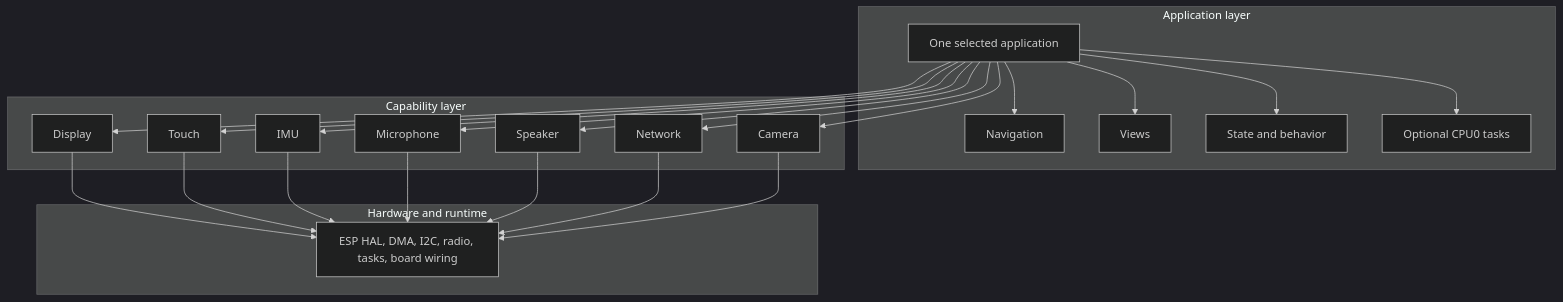
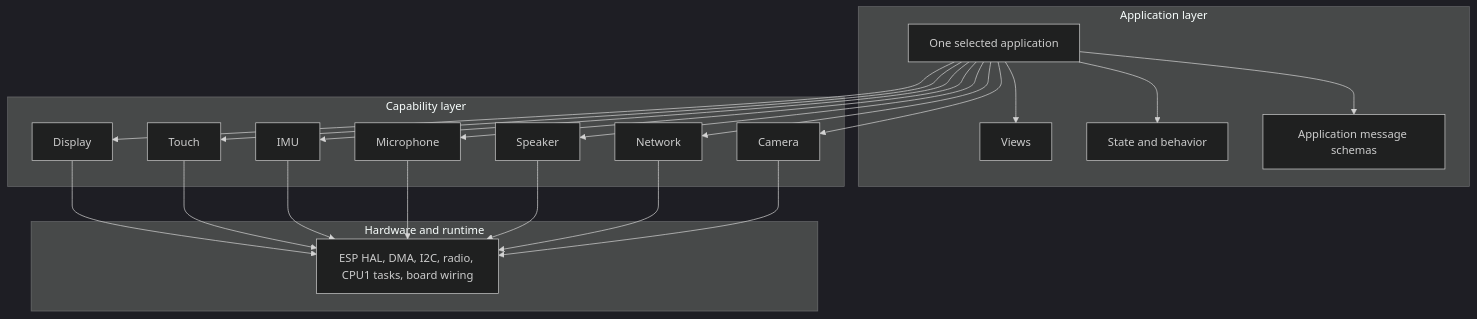
Before and after one commit to wackazong/hackandhike-2026: diagram 17 of 17 in README.md, drawn with Mermaid (dark theme). The commit also changed other lines of this file, not shown here.

Commit message:
Expand beginner application examples

````diff
--- a/README.md
+++ b/README.md
@@ -1542,44 +1627,42 @@
 ```mermaid
 flowchart TB
     subgraph AppLayer["Application layer"]
         App["One selected application"]
-        Nav["Navigation"]
         Views["Views"]
         State["State and behavior"]
-        Workers["Optional CPU0 tasks"]
-        App --> Nav
+        Messages["Application message schemas"]
         App --> Views
         App --> State
-        App --> Workers
+        App --> Messages
     end
 
     subgraph CapLayer["Capability layer"]
         Display["Display"]
         Touch["Touch"]
         IMU["IMU"]
         Mic["Microphone"]
         Speaker["Speaker"]
         Network["Network"]
         Camera["Camera"]
     end
 
     subgraph HardwareLayer["Hardware and runtime"]
-        HAL["ESP HAL, DMA, I2C, radio, tasks, board wiring"]
+        HAL["ESP HAL, DMA, I2C, radio, CPU1 tasks, board wiring"]
     end
 
     App --> Display
     App --> Touch
     App --> IMU
     App --> Mic
     App --> Speaker
     App --> Network
     App --> Camera
 
     Display --> HAL
     Touch --> HAL
     IMU --> HAL
     Mic --> HAL
     Speaker --> HAL
     Network --> HAL
     Camera --> HAL
 ```
````
